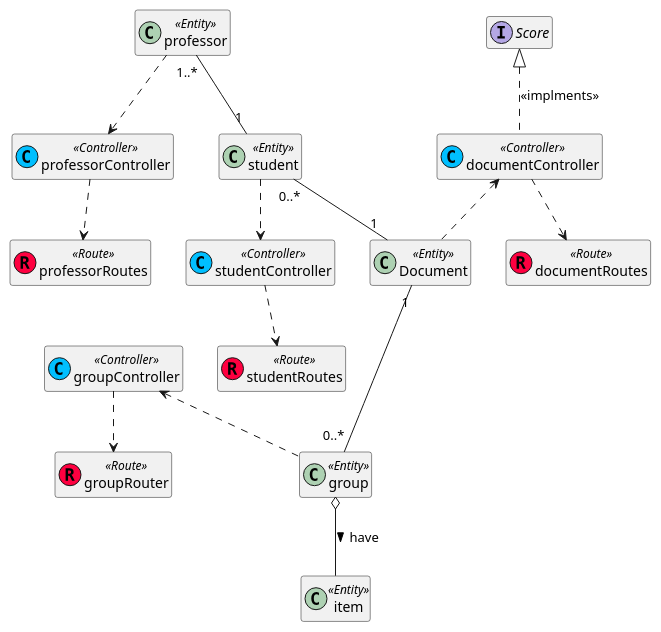
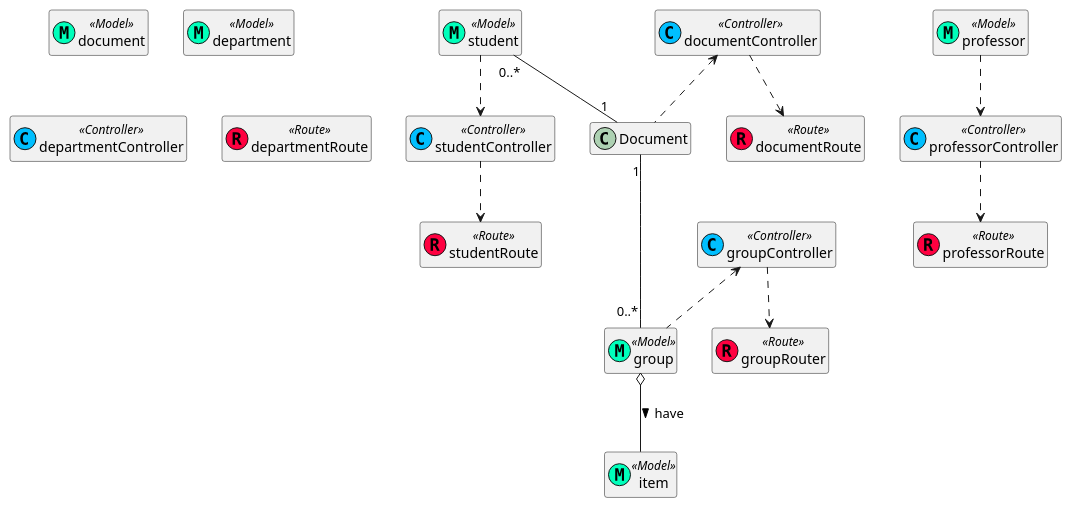
The diagram in design/classdiagram/CAdiagramclass.wsd (rodrigoRolim/AC-backend), drawn with PlantUML before and after one commit. The commit also changed 22 other files, not shown here.

```diff
--- a/design/classdiagram/CAdiagramclass.wsd
+++ b/design/classdiagram/CAdiagramclass.wsd
@@ -1,64 +1,66 @@
 @startuml
 
 hide members
-class Document <<Entity>>{
-    -name: string
-    -ra: string
-    -document: Document
-}
-class student <<Entity>> { 
+class document  <<(M, #00ffbb)Model>> {
 
 }
-class professor <<Entity>> {
+class student <<(M, #00ffbb)Model>> { 
 
 }
-class group <<Entity>> {
+class professor <<(M, #00ffbb)Model>> {
 
 }
-class item <<Entity>> {
+class group <<(M, #00ffbb)Model>> {
+
+}
+class item <<(M, #00ffbb)Model>> {
 
 }
 class documentController <<(C, #00bfff)Controller>> {
 
 }
 class studentController <<(C, #00bfff)Controller>> {
 
 }
 class professorController <<(C, #00bfff)Controller>> {
 
 }
-class professorRoutes <<(R, #ff0040)Route>> {
+class professorRoute <<(R, #ff0040)Route>> {
 
 }
-class studentRoutes <<(R, #ff0040)Route>> {
+class studentRoute <<(R, #ff0040)Route>> {
 
 }
-class documentRoutes  <<(R, #ff0040)Route>> {
+class documentRoute  <<(R, #ff0040)Route>> {
 
 }
 class groupController <<(C, #00bfff) Controller>> {
 
 }
 class groupRouter <<(R, #ff0040)Route>> {
 
 }
-interface Score {
-    calcularPontosPorGrupo()
-    calcularPontosTotal()
+class department <<(M, #00ffbb)Model>> {
+
+}
+class departmentController <<(C, #00bfff) Controller>> {
+
+}
+class departmentRoute <<(R, #ff0040)Route>> {
+
 }
 Document "1" --- "0..*" group
 group o-- item: have >
 documentController <.. Document
 
 student ..> studentController
 professor ..> professorController
-professor "1..*" -- "1" student
 student "0..*" -- "1" Document
 
-documentController ..> documentRoutes
-studentController ..> studentRoutes
-professorController ..> professorRoutes
+documentController ..> documentRoute
+studentController ..> studentRoute
+professorController ..> professorRoute
 groupController <.. group
 groupController ..> groupRouter
-Score <|.. documentController: <<implments>>
+
 @enduml
```
